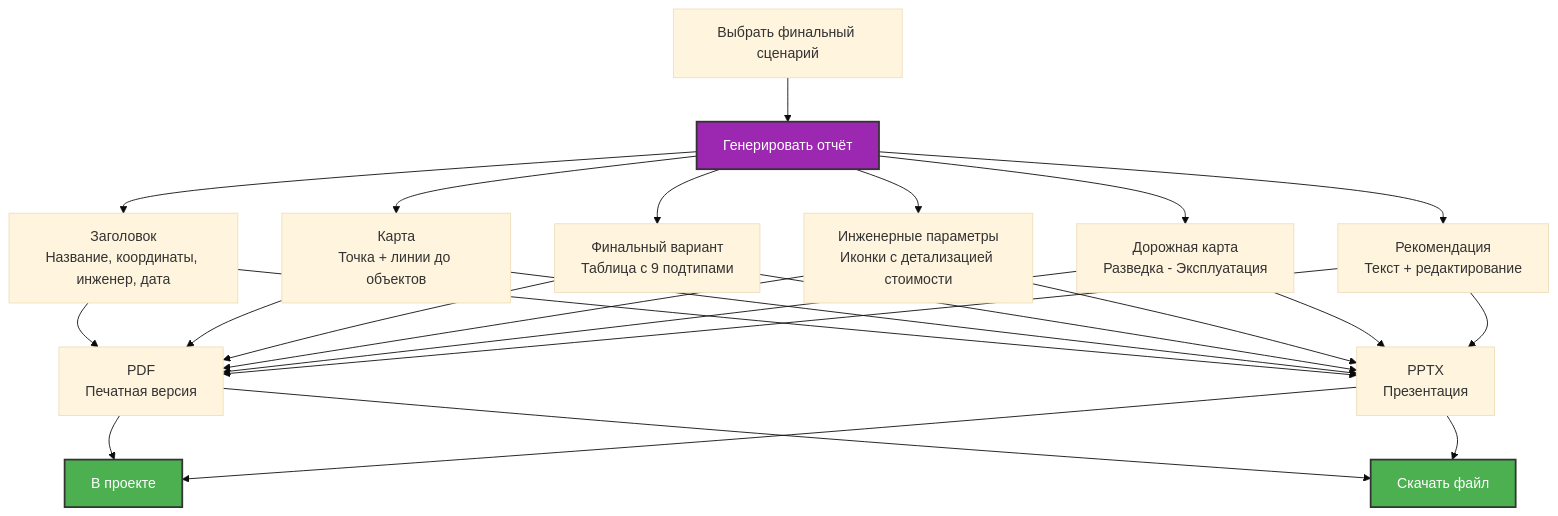
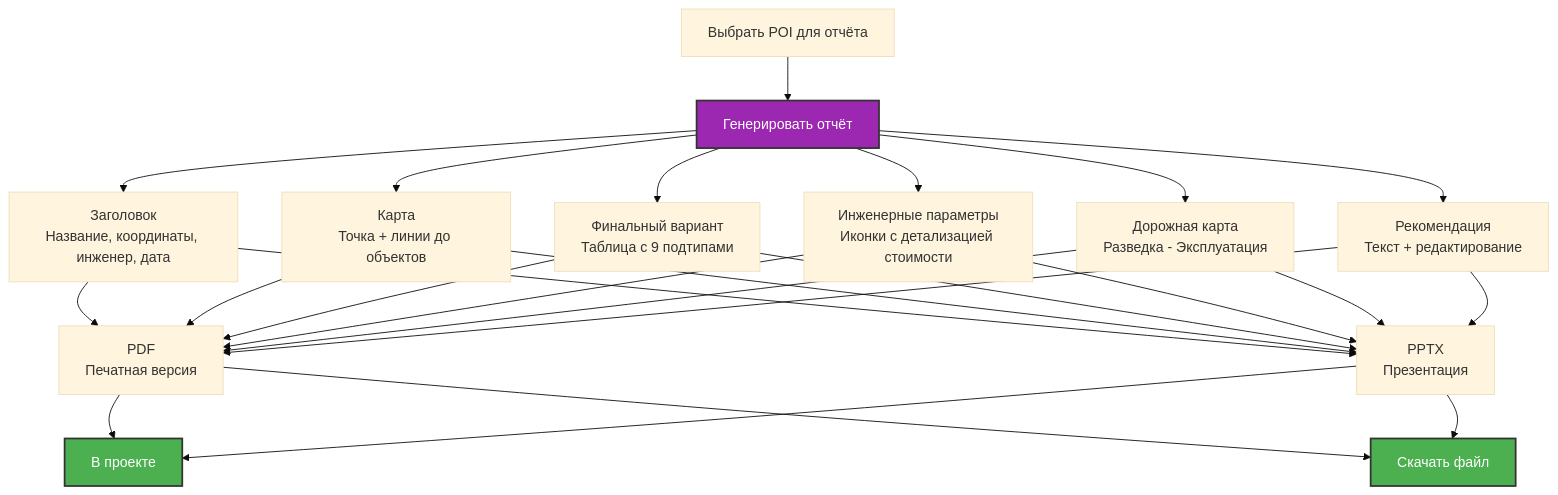
One commit to Mekcuka/Scaning changed the eighth of 12 diagrams in docs/calculation-logic-flow.md. Above: the diagram before and after it, drawn with Mermaid (base theme). The commit also changed other lines of this file and 121 other files, not shown here.

````diff
--- a/docs/calculation-logic-flow.md
+++ b/docs/calculation-logic-flow.md
@@ -344,49 +305,49 @@
 ```mermaid
 graph TD
-    SelectScenario[Выбрать финальный сценарий] --> Generate[Генерировать отчёт]
+    SelectPOI[Выбрать POI для отчёта] --> Generate[Генерировать отчёт]
 
     St1[Заголовок<br>Название, координаты, инженер, дата]
     St2[Карта<br>Точка + линии до объектов]
     St3[Финальный вариант<br>Таблица с 9 подтипами]
     St4[Инженерные параметры<br>Иконки с детализацией стоимости]
     St5[Дорожная карта<br>Разведка - Эксплуатация]
     St6[Рекомендация<br>Текст + редактирование]
 
     Generate --> St1
     Generate --> St2
     Generate --> St3
     Generate --> St4
     Generate --> St5
     Generate --> St6
 
     F1[PDF<br>Печатная версия]
     F2[PPTX<br>Презентация]
 
     St1 --> F1
     St2 --> F1
     St3 --> F1
     St4 --> F1
     St5 --> F1
     St6 --> F1
 
     St1 --> F2
     St2 --> F2
     St3 --> F2
     St4 --> F2
     St5 --> F2
     St6 --> F2
 
     S1[В проекте]
     S2[Скачать файл]
 
     F1 --> S1
     F1 --> S2
     F2 --> S1
     F2 --> S2
 
     classDef purple fill:#9C27B0,stroke:#333,stroke-width:2px,color:#fff
     classDef green fill:#4CAF50,stroke:#333,stroke-width:2px,color:#fff
 
     class Generate purple
     class S1,S2 green
 ```
````
